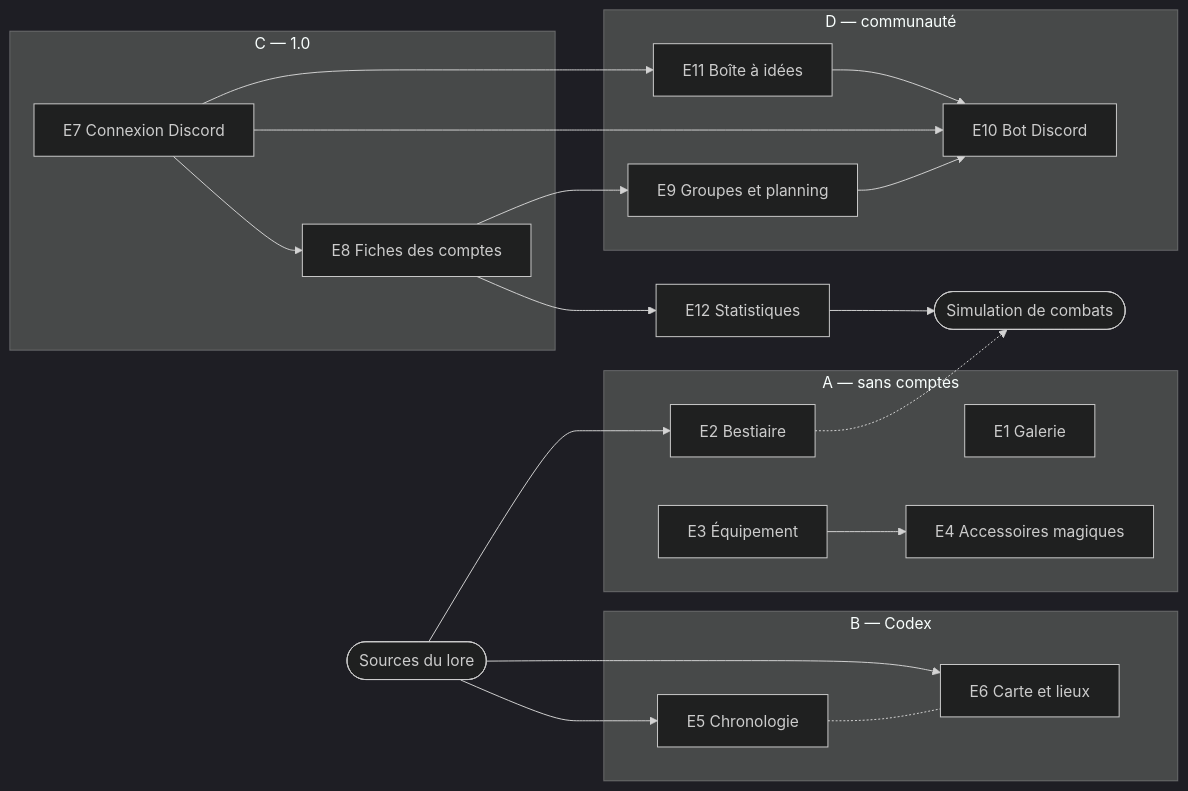
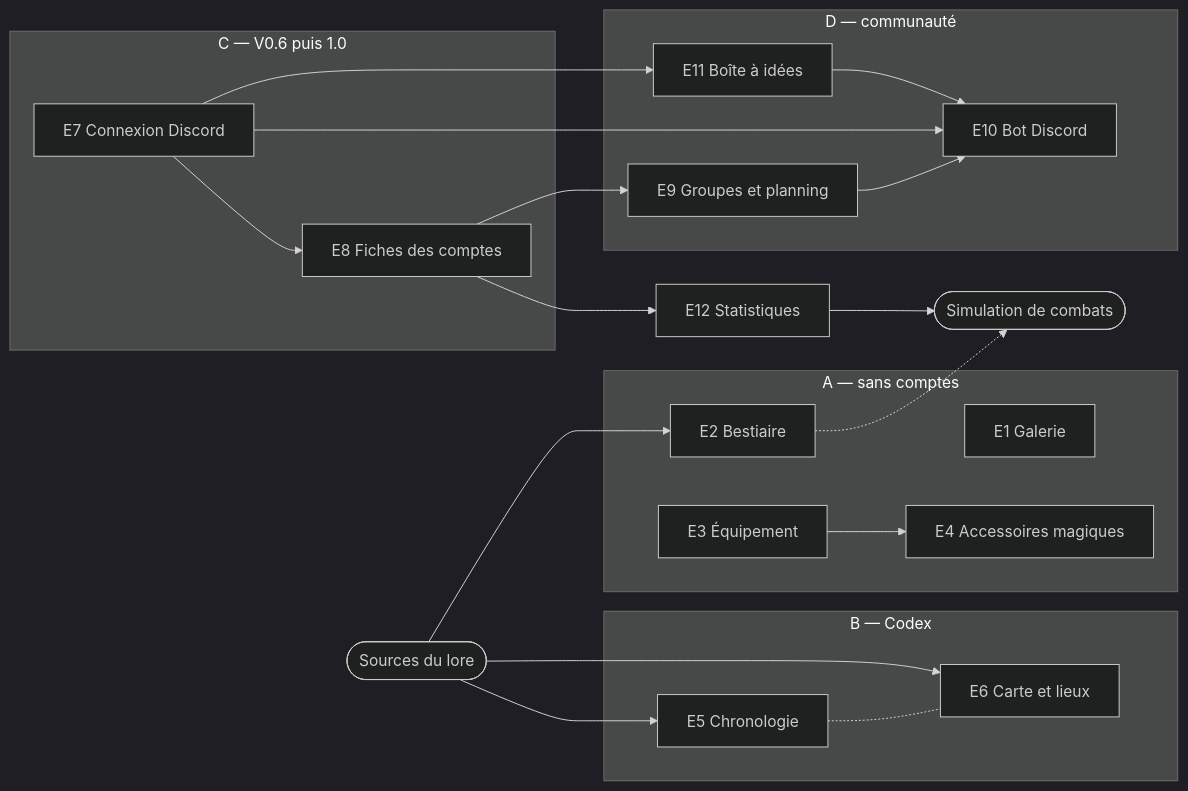
One commit to Bravexier/MaverickCenter changed the diagram in docs/feuille-de-route.md. Above: the diagram before and after it, drawn with Mermaid (dark theme). The commit also changed other lines of this file, not shown here.

````diff
--- a/docs/feuille-de-route.md
+++ b/docs/feuille-de-route.md
@@ -76,25 +77,25 @@
 ```mermaid
 flowchart LR
   subgraph A["A — sans comptes"]
     E1[E1 Galerie]
     E2[E2 Bestiaire]
     E3[E3 Équipement] --> E4[E4 Accessoires magiques]
   end
   subgraph B["B — Codex"]
     E5[E5 Chronologie] -.- E6[E6 Carte et lieux]
   end
-  subgraph C["C — 1.0"]
+  subgraph C["C — V0.6 puis 1.0"]
     E7[E7 Connexion Discord] --> E8[E8 Fiches des comptes]
   end
   subgraph D["D — communauté"]
     E9[E9 Groupes et planning]
     E10[E10 Bot Discord]
     E11[E11 Boîte à idées]
   end
   S([Sources du lore]) --> E2 & E5 & E6
   E8 --> E9 --> E10
   E7 --> E10
   E7 --> E11 --> E10
   E8 --> E12[E12 Statistiques] --> SIM([Simulation de combats])
   E2 -.-> SIM
 ```
````
